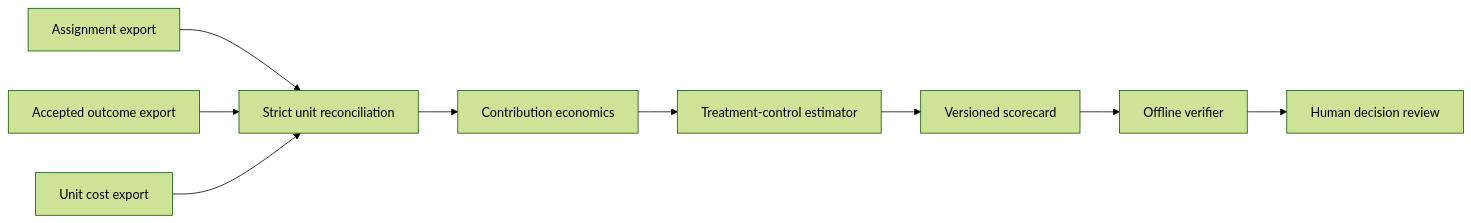
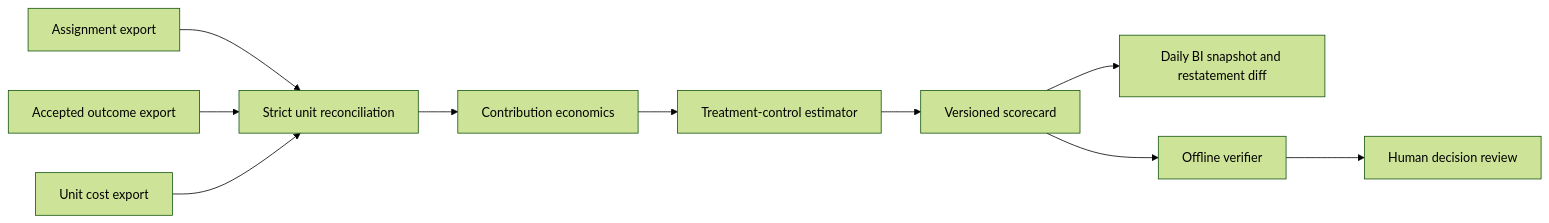
Before and after one commit to AAH20/growth-decision-engine: the first of 2 diagrams in README.md, drawn with Mermaid (forest theme). The commit also changed other lines of this file and 18 other files, not shown here.

````diff
--- a/README.md
+++ b/README.md
@@ -54,11 +64,12 @@
 ```mermaid
 flowchart LR
     A[Assignment export] --> R[Strict unit reconciliation]
     O[Accepted outcome export] --> R
     C[Unit cost export] --> R
     R --> E[Contribution economics]
     E --> T[Treatment-control estimator]
     T --> S[Versioned scorecard]
+    S --> B[Daily BI snapshot and restatement diff]
     S --> V[Offline verifier]
     V --> H[Human decision review]
 ```
````
